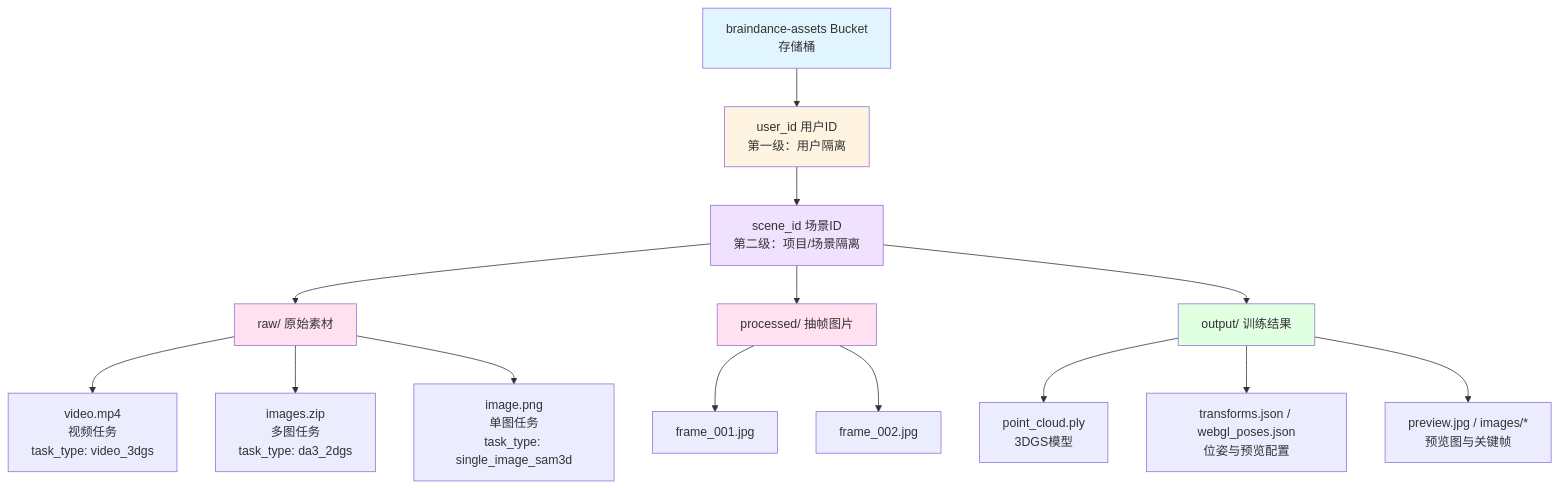
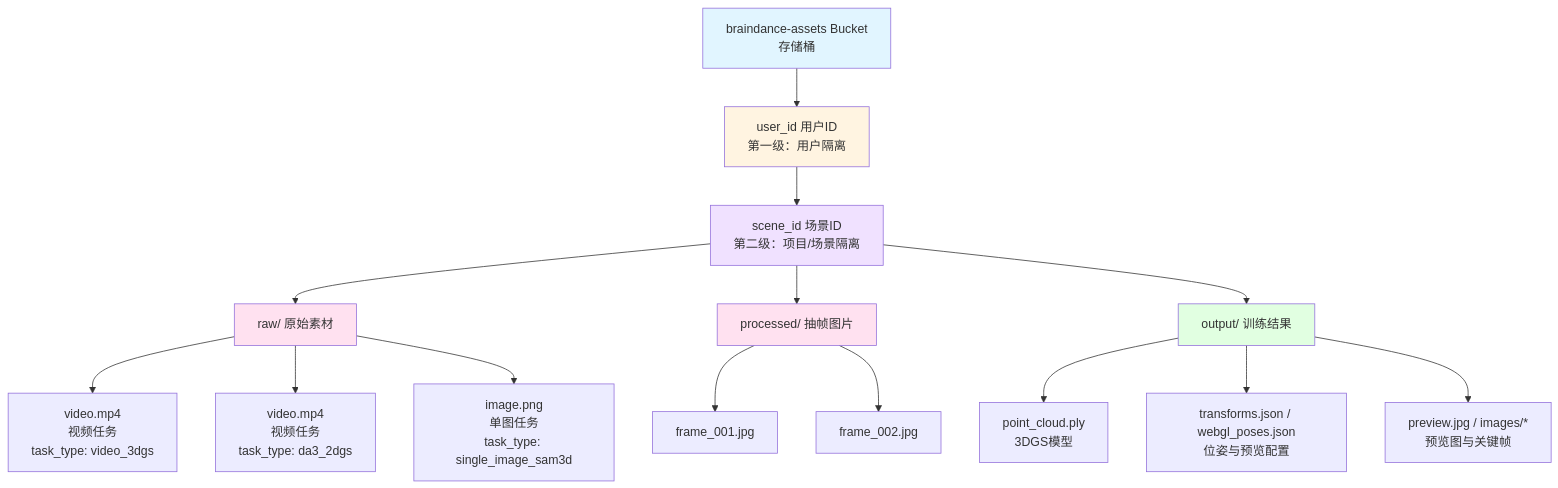
Before and after one commit to tianxingleo/BrainDance: the diagram in docs/03-API参考/API接口指南.md, drawn with Mermaid. The commit also changed other lines of this file and 3 other files, not shown here.

````diff
--- a/docs/03-API参考/API接口指南.md
+++ b/docs/03-API参考/API接口指南.md
@@ -303,23 +307,23 @@
 ```mermaid
 graph TD
     A[braindance-assets Bucket<br/>存储桶] --> B[user_id 用户ID<br/>第一级：用户隔离]
     B --> C[scene_id 场景ID<br/>第二级：项目/场景隔离]
     C --> D[raw/ 原始素材]
     C --> E[processed/ 抽帧图片]
     C --> F[output/ 训练结果]
     D --> G[video.mp4<br/>视频任务<br/>task_type: video_3dgs]
-    D --> N[images.zip<br/>多图任务<br/>task_type: da3_2dgs]
+    D --> N[video.mp4<br/>视频任务<br/>task_type: da3_2dgs]
     D --> H[image.png<br/>单图任务<br/>task_type: single_image_sam3d]
     E --> I[frame_001.jpg]
     E --> J[frame_002.jpg]
     F --> K[point_cloud.ply<br/>3DGS模型]
     F --> L[transforms.json / webgl_poses.json<br/>位姿与预览配置]
     F --> M[preview.jpg / images/*<br/>预览图与关键帧]
 
     style A fill:#e1f5ff
     style B fill:#fff4e1
     style C fill:#f0e1ff
     style D fill:#ffe1f0
     style E fill:#ffe1f0
     style F fill:#e1ffe1
 ```
````
